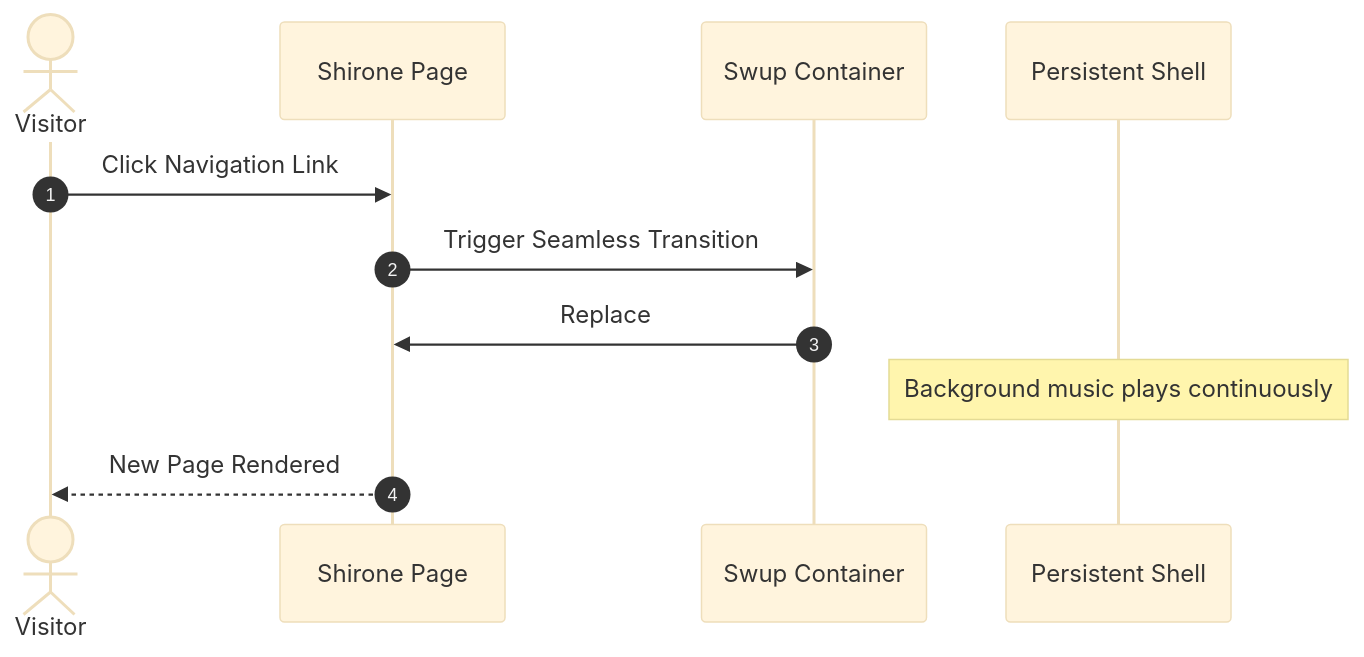
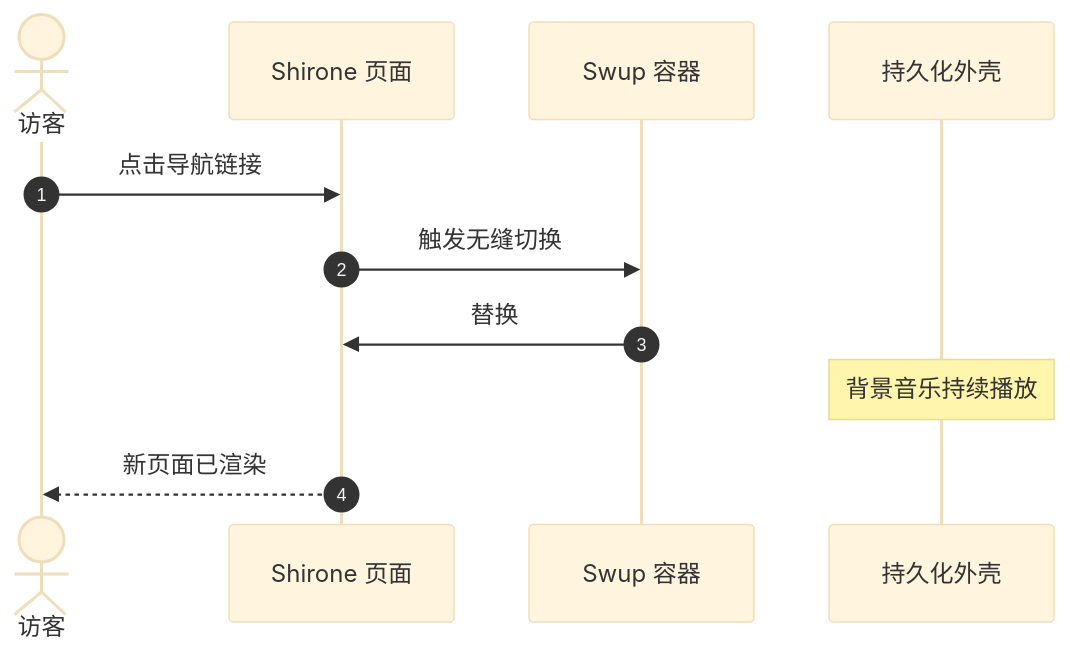
Before and after one commit to TTStudio336/tncloud.fun: the diagram in src/content/posts/guide/index.md, drawn with Mermaid (base theme). The commit also changed other lines of this file and 43 other files, not shown here.

````diff
--- a/src/content/posts/guide/index.md
+++ b/src/content/posts/guide/index.md
@@ -185,14 +186,14 @@
 ```mermaid
 sequenceDiagram
     autonumber
-    actor Visitor as Visitor
-    participant Page as Shirone Page
-    participant Swup as Swup Container
-    participant Audio as Persistent Shell
+    actor Visitor as 访客
+    participant Page as Shirone 页面
+    participant Swup as Swup 容器
+    participant Audio as 持久化外壳
 
-    Visitor->>Page: Click Navigation Link
-    Page->>Swup: Trigger Seamless Transition
-    Swup->>Page: Replace #swup-container
-    Note over Audio: Background music plays continuously
-    Page-->>Visitor: New Page Rendered
+    Visitor->>Page: 点击导航链接
+    Page->>Swup: 触发无缝切换
+    Swup->>Page: 替换 #swup-container
+    Note over Audio: 背景音乐持续播放
+    Page-->>Visitor: 新页面已渲染
 ```
````
